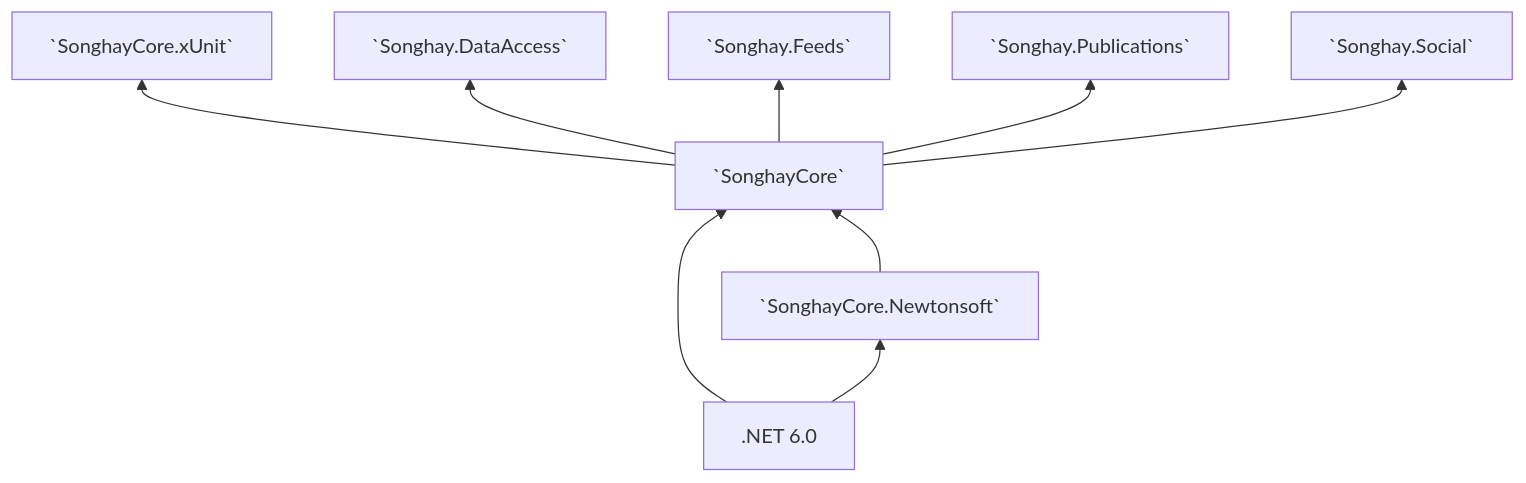
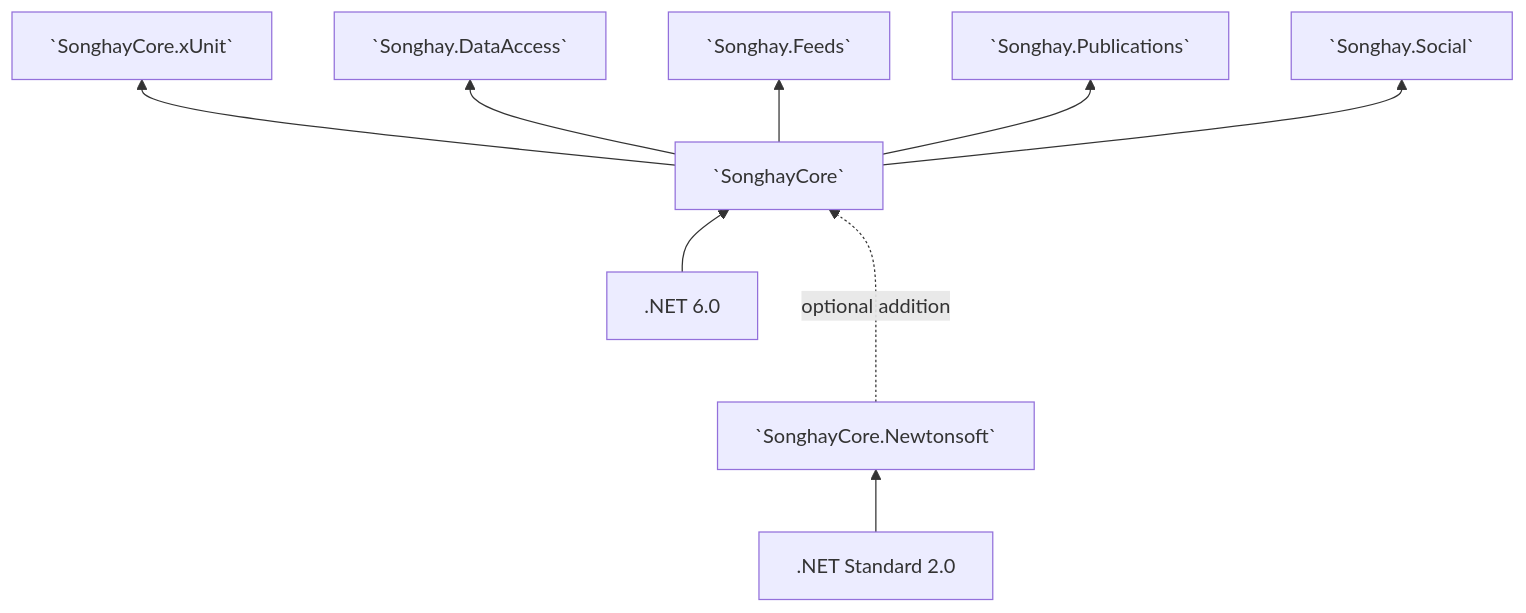
Before and after one commit to BryanWilhite/SonghayCore: the diagram in README.md, drawn with Mermaid. The commit also changed 1 other file, not shown here.

````diff
--- a/README.md
+++ b/README.md
@@ -96,17 +96,18 @@
 ```mermaid
 graph BT
+    netstandard2[.NET Standard 2.0]
     net6[.NET 6.0]
 
     1[`SonghayCore`]
     2[`SonghayCore.Newtonsoft`]
 
     net6-->1
-    net6-->2
-    2-->1
+    netstandard2-->2
+    2-..->|optional addition|1
 
     1-->3[`SonghayCore.xUnit`]
     1-->4[`Songhay.DataAccess`]
     1-->5[`Songhay.Feeds`]
     1-->6[`Songhay.Publications`]
     1-->7[`Songhay.Social`]
 ```
````
